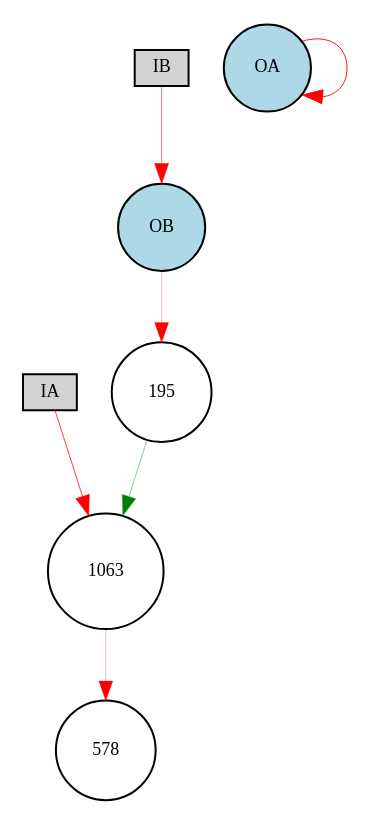
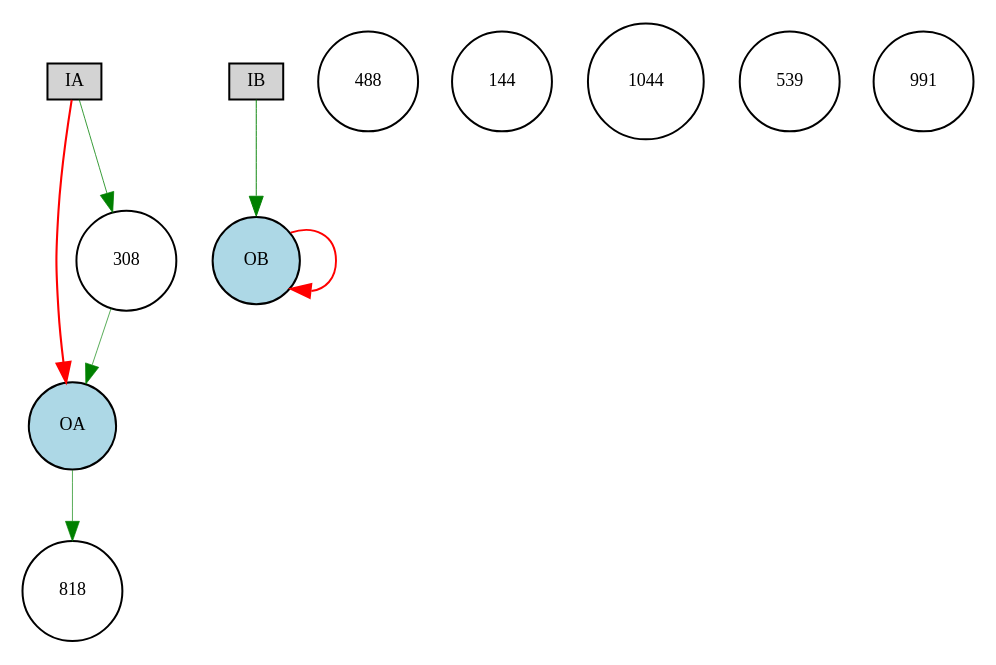
The diagram in source/cont_exp/Digraph.gv (danxan/neuromorphic-evolution), drawn with Graphviz before and after one commit. The commit also changed 6 other files, not shown here.

```diff
--- a/source/cont_exp/Digraph.gv
+++ b/source/cont_exp/Digraph.gv
@@ -1,16 +1,20 @@
 digraph {
 	node [fontsize=9 height=0.2 shape=circle width=0.2]
 	IA [fillcolor=lightgray shape=box style=filled]
 	IB [fillcolor=lightgray shape=box style=filled]
 	OA [fillcolor=lightblue style=filled]
 	OB [fillcolor=lightblue style=filled]
-	578 [fillcolor=white style=filled]
-	195 [fillcolor=white style=filled]
-	1063 [fillcolor=white style=filled]
-	OA -> OA [color=red penwidth=0.46486555648742434 style=solid]
-	IB -> OB [color=red penwidth=0.2642217180075144 style=solid]
-	195 -> 1063 [color=green penwidth=0.22247968543234914 style=solid]
-	OB -> 195 [color=red penwidth=0.1453457851522299 style=solid]
-	IA -> 1063 [color=red penwidth=0.38608752021524373 style=solid]
-	1063 -> 578 [color=red penwidth=0.13564047075446106 style=solid]
+	488 [fillcolor=white style=filled]
+	144 [fillcolor=white style=filled]
+	818 [fillcolor=white style=filled]
+	308 [fillcolor=white style=filled]
+	1044 [fillcolor=white style=filled]
+	539 [fillcolor=white style=filled]
+	991 [fillcolor=white style=filled]
+	OB -> OB [color=red penwidth=0.9581726225609701 style=solid]
+	IA -> OA [color=red penwidth=1.0538410690965738 style=solid]
+	OA -> 818 [color=green penwidth=0.33171390464799 style=solid]
+	IB -> OB [color=green penwidth=0.4691090713406434 style=solid]
+	308 -> OA [color=green penwidth=0.33105759161783255 style=solid]
+	IA -> 308 [color=green penwidth=0.3900156620467107 style=solid]
 }
```
